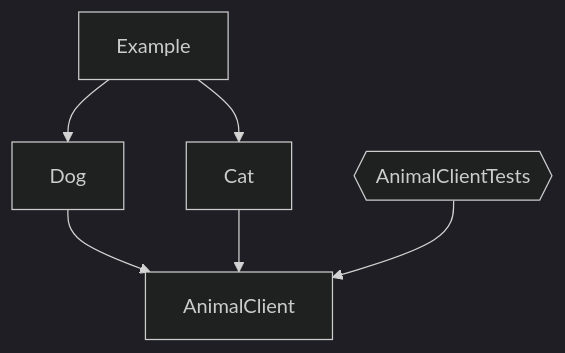
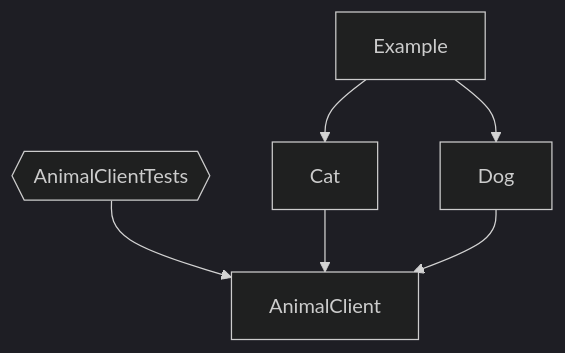
The second of 6 diagrams in README.md (daikimat/depermaid), drawn with Mermaid (dark theme) before and after one commit. The commit also changed other lines of this file and 3 other files, not shown here.

````diff
--- a/README.md
+++ b/README.md
@@ -52,13 +52,14 @@
 ```mermaid
 flowchart TD
+    AnimalClient
+    AnimalClientTests{{AnimalClientTests}}
+    AnimalClientTests
+    AnimalClientTests-->AnimalClient
+    Cat
+    Cat-->AnimalClient
+    Dog
+    Dog-->AnimalClient
     Example
     Example-->Cat
     Example-->Dog
-    Dog
-    Dog-->AnimalClient
-    Cat
-    Cat-->AnimalClient
-    AnimalClientTests{{AnimalClientTests}}
-    AnimalClientTests-->AnimalClient
-    AnimalClient
 ```
````
